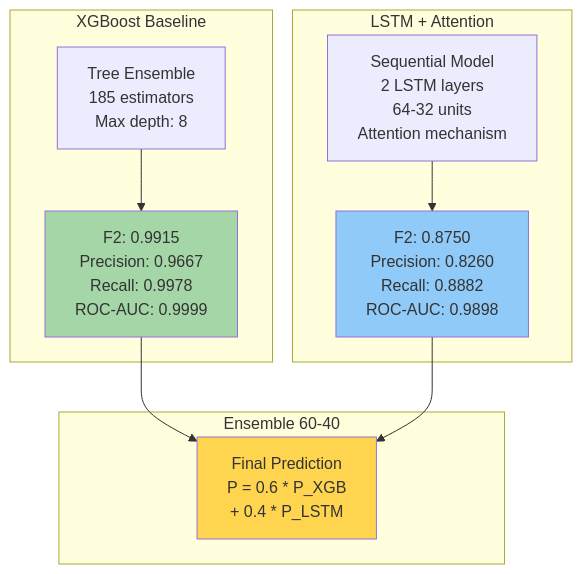
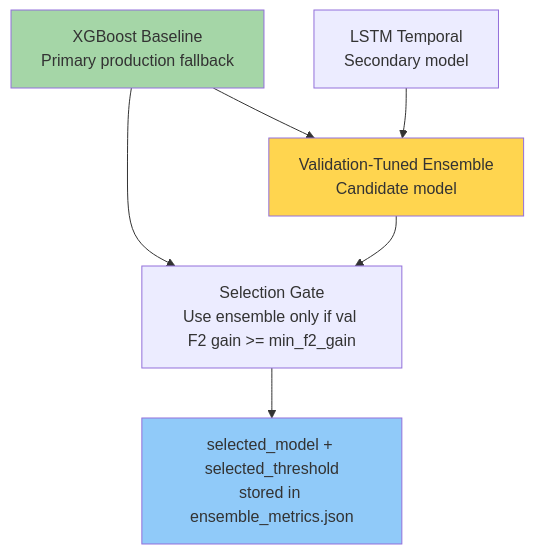
Before and after one commit to atikulmunna/predictive-maintenance-mlops: the third of 5 diagrams in assets/architecture.md, drawn with Mermaid. The commit also changed other lines of this file and 4 other files, not shown here.

Commit message:
Update architecture docs and add dashboard screenshots

````diff
--- a/assets/architecture.md
+++ b/assets/architecture.md
@@ -82,26 +65,18 @@
 ```mermaid
 graph TB
-    subgraph X["XGBoost Baseline"]
-        XGB_ARCH["Tree Ensemble<br/>185 estimators<br/>Max depth: 8"]
-        XGB_PERF["F2: 0.9915<br/>Precision: 0.9667<br/>Recall: 0.9978<br/>ROC-AUC: 0.9999"]
-    end
-    
-    subgraph L["LSTM + Attention"]
-        LSTM_ARCH["Sequential Model<br/>2 LSTM layers<br/>64-32 units<br/>Attention mechanism"]
-        LSTM_PERF["F2: 0.8750<br/>Precision: 0.8260<br/>Recall: 0.8882<br/>ROC-AUC: 0.9898"]
-    end
-    
-    subgraph E["Ensemble 60-40"]
-        ENS["Final Prediction<br/>P = 0.6 * P_XGB<br/>+ 0.4 * P_LSTM"]
-    end
-    
-    XGB_ARCH-->XGB_PERF
-    LSTM_ARCH-->LSTM_PERF
-    
-    XGB_PERF-->ENS
-    LSTM_PERF-->ENS
-    
-    style XGB_PERF fill:#A5D6A7
-    style LSTM_PERF fill:#90CAF9
+    XGB["XGBoost Baseline<br/>Primary production fallback"]
+    LSTM["LSTM Temporal<br/>Secondary model"]
+    ENS["Validation-Tuned Ensemble<br/>Candidate model"]
+    GATE["Selection Gate<br/>Use ensemble only if val F2 gain >= min_f2_gain"]
+    SELECT["selected_model + selected_threshold<br/>stored in ensemble_metrics.json"]
+
+    XGB --> GATE
+    LSTM --> ENS
+    XGB --> ENS
+    ENS --> GATE
+    GATE --> SELECT
+
+    style XGB fill:#A5D6A7
     style ENS fill:#FFD54F
+    style SELECT fill:#90CAF9
 ```
````
